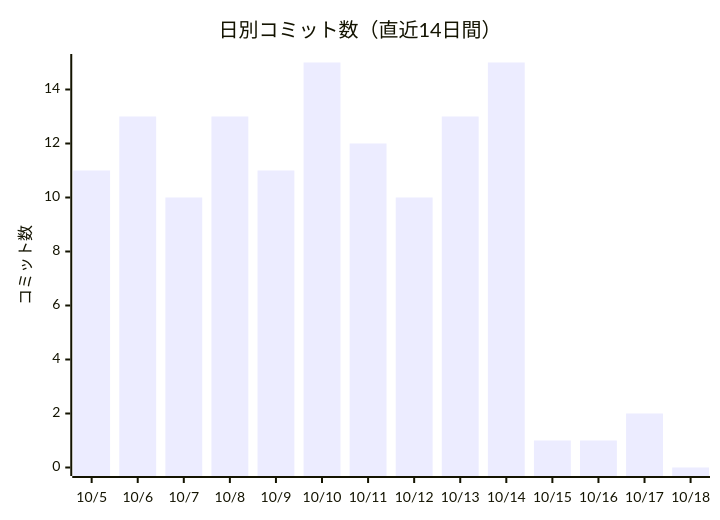
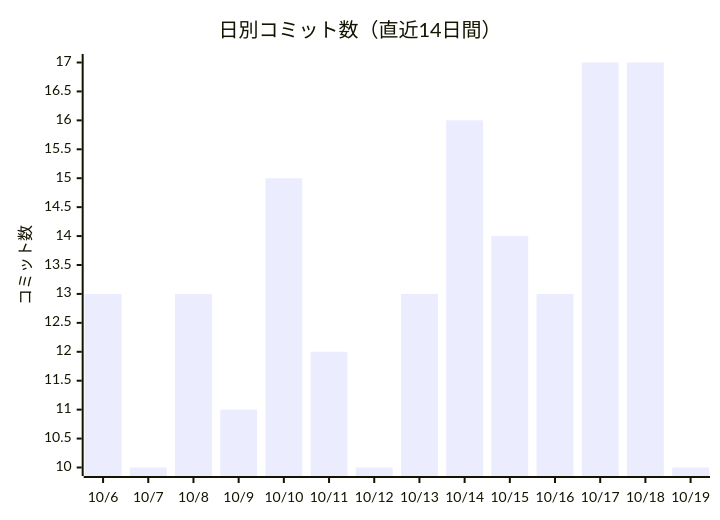
The first of 2 diagrams in docs/進化レポート.md (non-x2/non-x2), drawn with Mermaid before and after one commit. The commit also changed other lines of this file and 2 other files, not shown here.

````diff
--- a/docs/進化レポート.md
+++ b/docs/進化レポート.md
@@ -23,7 +23,7 @@
 ```mermaid
 xychart-beta
     title "日別コミット数（直近14日間）"
-    x-axis ["10/5", "10/6", "10/7", "10/8", "10/9", "10/10", "10/11", "10/12", "10/13", "10/14", "10/15", "10/16", "10/17", "10/18"]
+    x-axis ["10/6", "10/7", "10/8", "10/9", "10/10", "10/11", "10/12", "10/13", "10/14", "10/15", "10/16", "10/17", "10/18", "10/19"]
     y-axis "コミット数"
-    bar [11, 13, 10, 13, 11, 15, 12, 10, 13, 15, 1, 1, 2, 0]
+    bar [13, 10, 13, 11, 15, 12, 10, 13, 16, 14, 13, 17, 17, 10]
 ```
````
